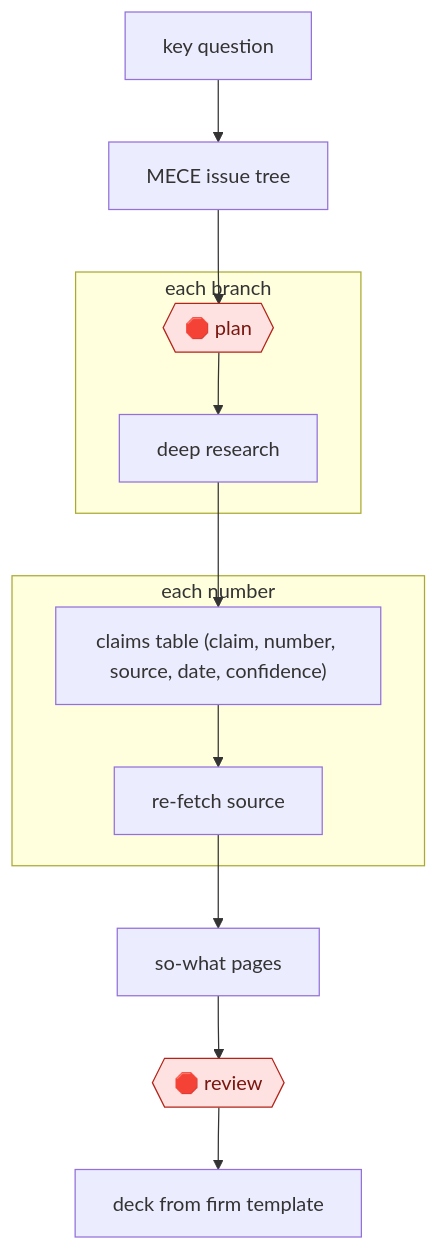
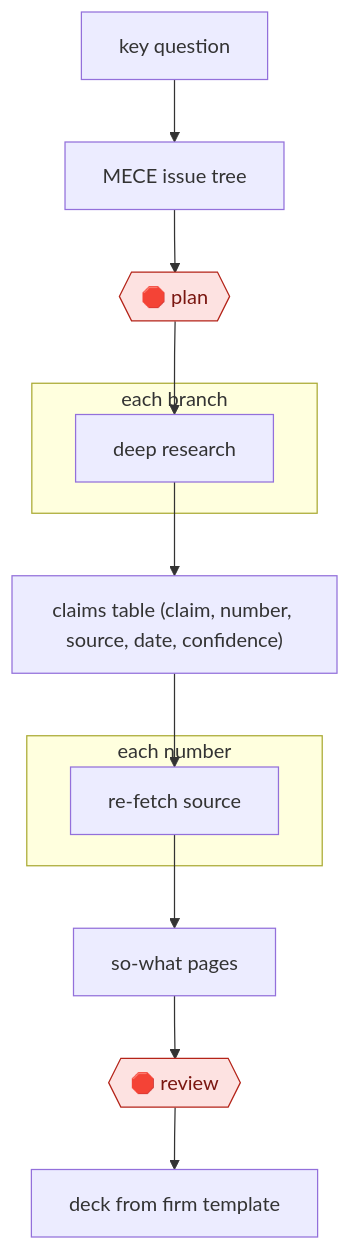
One commit to milesradford99/agent-workflow-atlas changed the diagram in workflows/ORG/BIZ/STRAT/issue-tree-research/README.md. Above: the diagram before and after it, drawn with Mermaid. The commit also changed other lines of this file and 171 other files, not shown here.

````diff
--- a/workflows/ORG/BIZ/STRAT/issue-tree-research/README.md
+++ b/workflows/ORG/BIZ/STRAT/issue-tree-research/README.md
@@ -29,25 +30,25 @@
 ```mermaid
 flowchart TD
   n1["key question"]
   n2["MECE issue tree"]
-  n1 --> n2
   n3{{"🛑 plan"}}:::stop
-  n2 --> n3
   subgraph s4["each branch"]
   n5["deep research"]
-  n3 --> n5
   end
   n6["claims table (claim, number, source, date, confidence)"]
-  n5 --> n6
   subgraph s7["each number"]
   n8["re-fetch source"]
-  n6 --> n8
   end
   n9["so-what pages"]
+  n10{{"🛑 review"}}:::stop
+  n11["deck from firm template"]
+  n1 --> n2
+  n2 --> n3
+  n3 --> n5
+  n5 --> n6
+  n6 --> n8
   n8 --> n9
-  n10{{"🛑 review"}}:::stop
   n9 --> n10
-  n11["deck from firm template"]
   n10 --> n11
   classDef stop fill:#fde2e1,stroke:#b42318,color:#7a1610
 ```
````
